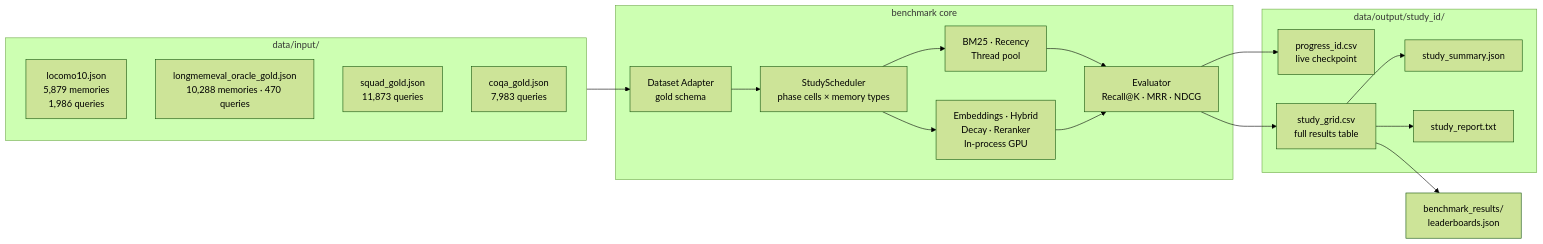
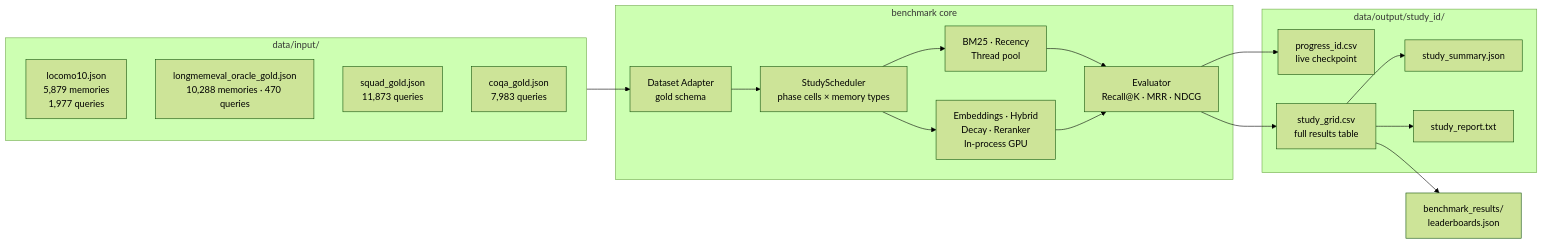
Before and after one commit to karangehlod/memtuner: the fifth of 6 diagrams in README.md, drawn with Mermaid (forest theme). The commit also changed other lines of this file and 50 other files, not shown here.

````diff
--- a/README.md
+++ b/README.md
@@ -981,35 +989,35 @@
 ```mermaid
 flowchart LR
     subgraph IN["data/input/"]
-        LCM["locomo10.json\n5,879 memories\n1,986 queries"]
+        LCM["locomo10.json\n5,879 memories\n1,977 queries"]
         LME["longmemeval_oracle_gold.json\n10,288 memories · 470 queries"]
         SQ["squad_gold.json\n11,873 queries"]
         CQ["coqa_gold.json\n7,983 queries"]
     end
 
     subgraph PROC["benchmark core"]
         ADC["Dataset Adapter\ngold schema"]
         SCH["StudyScheduler\nphase cells × memory types"]
         CPU2["BM25 · Recency\nThread pool"]
         GPU["Embeddings · Hybrid\nDecay · Reranker\nIn-process GPU"]
         METRIC["Evaluator\nRecall@K · MRR · NDCG"]
     end
 
     subgraph OUT["data/output/study_id/"]
         PROG["progress_id.csv\nlive checkpoint"]
         GRID["study_grid.csv\nfull results table"]
         SUM["study_summary.json"]
         REP["study_report.txt"]
     end
 
     LB["benchmark_results/\nleaderboards.json"]
 
     IN --> ADC --> SCH
     SCH --> CPU2 --> METRIC
     SCH --> GPU --> METRIC
     METRIC --> PROG
     METRIC --> GRID
     GRID --> SUM
     GRID --> REP
     GRID --> LB
 ```
````
